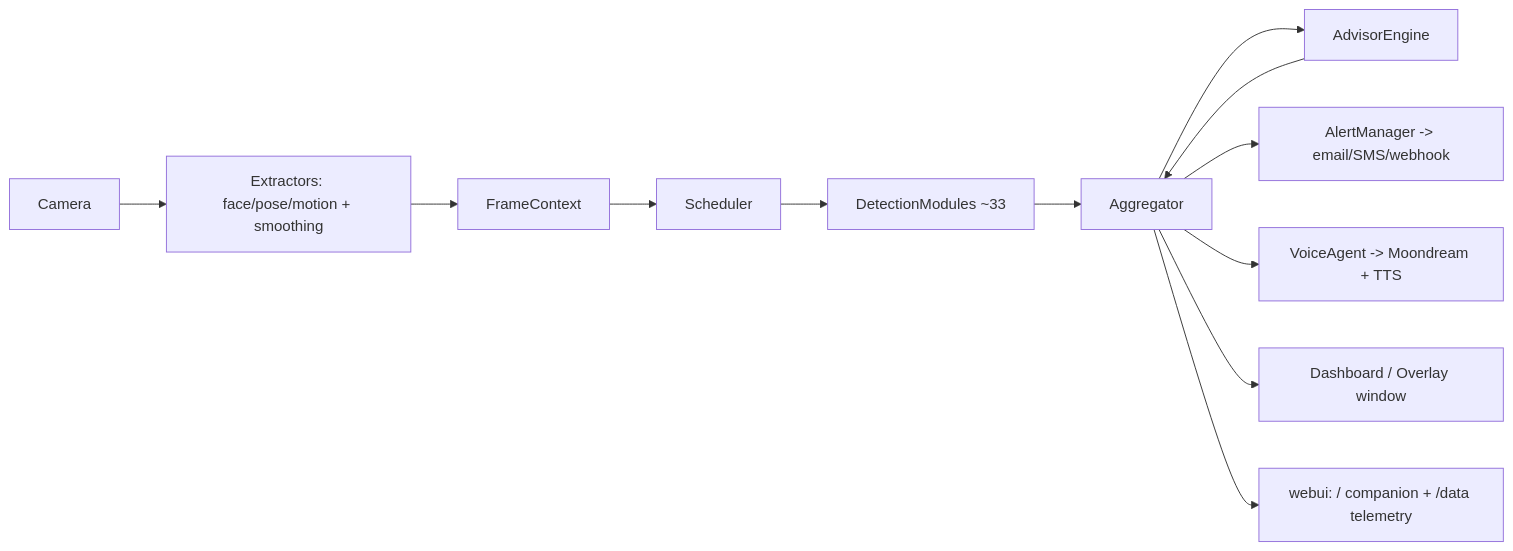
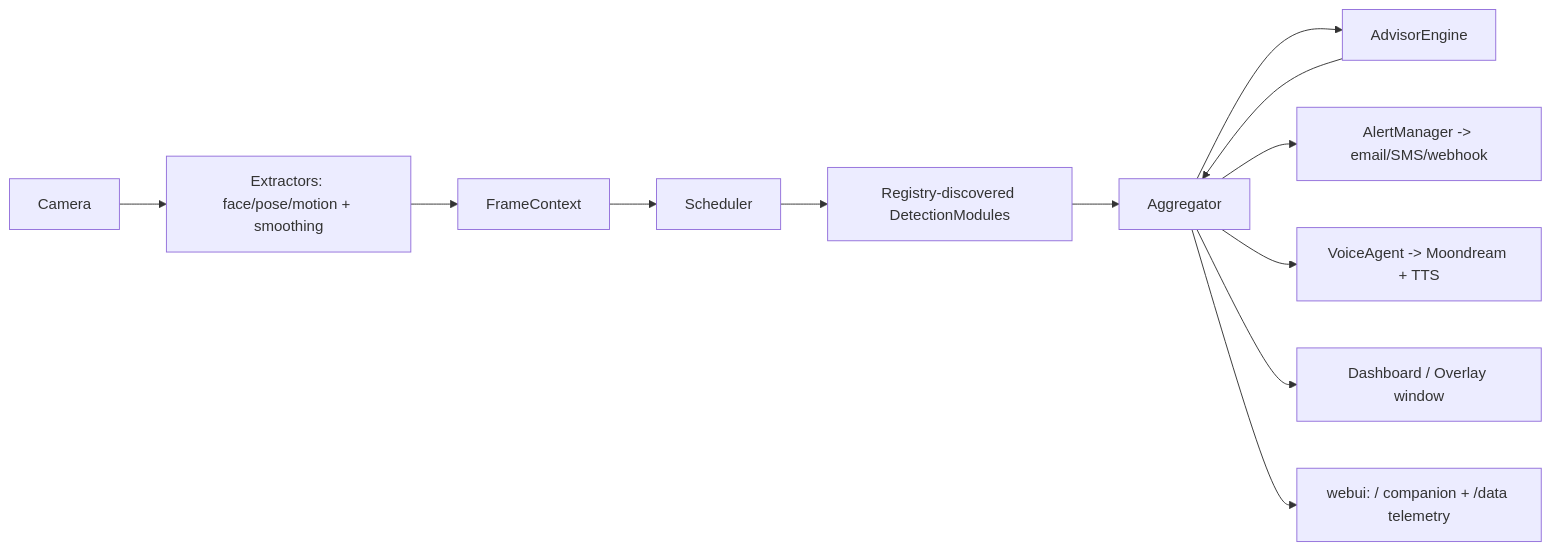
Before and after one commit to Gabrium0/CareVision: the diagram in docs/ARCHITECTURE.md, drawn with Mermaid. The commit also changed other lines of this file and 15 other files, not shown here.

````diff
--- a/docs/ARCHITECTURE.md
+++ b/docs/ARCHITECTURE.md
@@ -49,14 +54,14 @@
 ```mermaid
 flowchart LR
   cam[Camera] --> ex[Extractors: face/pose/motion + smoothing]
   ex --> ctx[FrameContext]
   ctx --> sch[Scheduler]
-  sch --> mods[DetectionModules ~33]
+  sch --> mods[Registry-discovered DetectionModules]
   mods --> agg[Aggregator]
   agg --> adv[AdvisorEngine]
   adv --> agg
   agg --> alert[AlertManager -> email/SMS/webhook]
   agg --> agent[VoiceAgent -> Moondream + TTS]
   agg --> dash[Dashboard / Overlay window]
   agg --> web[webui: / companion + /data telemetry]
 ```
````
